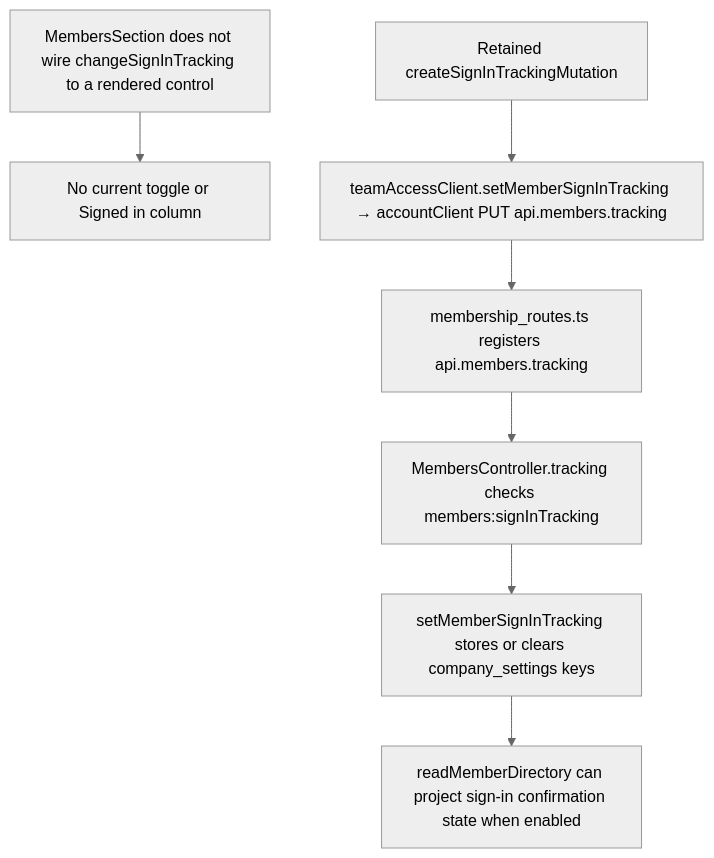
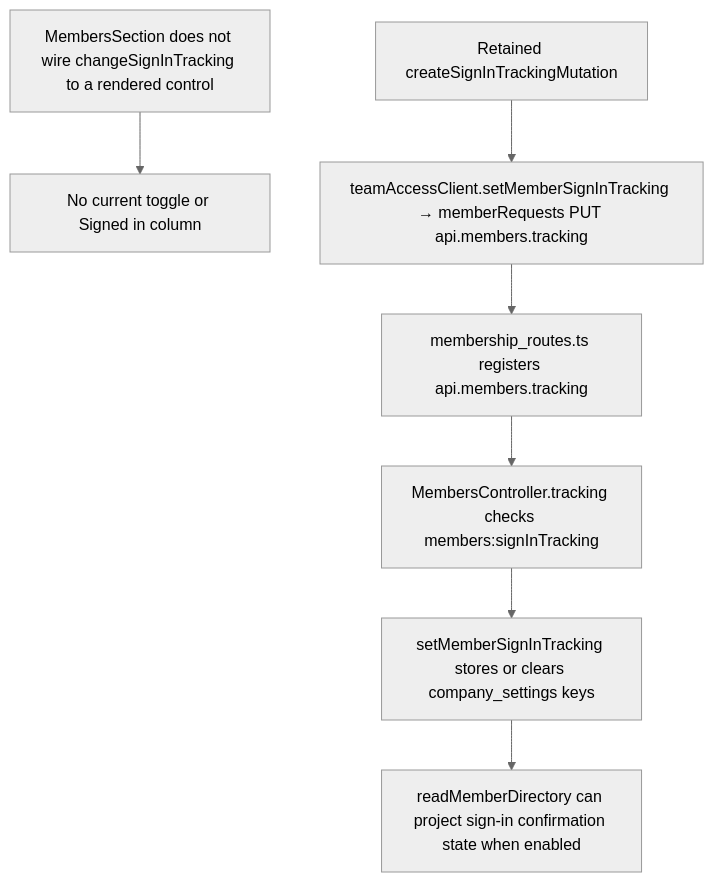
One commit to Kevinjohn/capacitylens changed the second of 2 diagrams in user-stories/team/US-TEAM-11-sign-in-tracking.md. Above: the diagram before and after it, drawn with Mermaid (neutral theme). The commit also changed other lines of this file and 10 other files, not shown here.

````diff
--- a/user-stories/team/US-TEAM-11-sign-in-tracking.md
+++ b/user-stories/team/US-TEAM-11-sign-in-tracking.md
@@ -33,9 +33,9 @@
 ```mermaid
 flowchart TD
     Screen["MembersSection does not wire changeSignInTracking to a rendered control"] --> NoEntry["No current toggle or Signed in column"]
-    Hook["Retained createSignInTrackingMutation"] --> Client["teamAccessClient.setMemberSignInTracking → accountClient PUT api.members.tracking"]
+    Hook["Retained createSignInTrackingMutation"] --> Client["teamAccessClient.setMemberSignInTracking → memberRequests PUT api.members.tracking"]
     Client --> Route["membership_routes.ts registers api.members.tracking"]
     Route --> Controller["MembersController.tracking checks members:signInTracking"]
     Controller --> Service["setMemberSignInTracking stores or clears company_settings keys"]
     Service --> Directory["readMemberDirectory can project sign-in confirmation state when enabled"]
 ```
````
